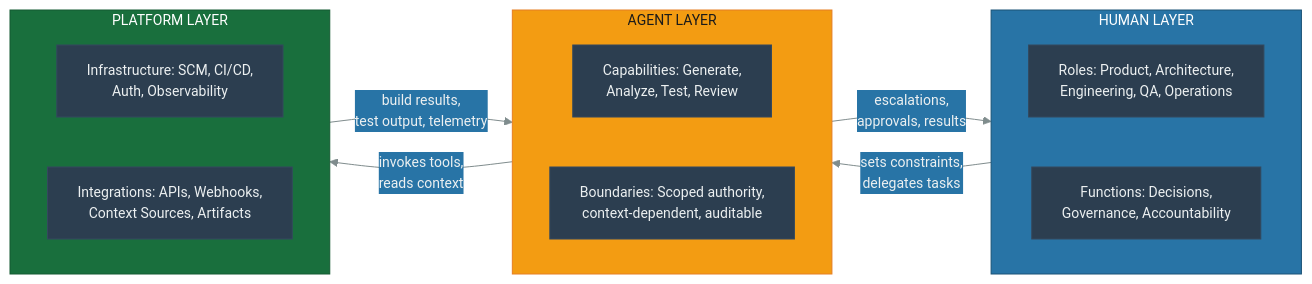
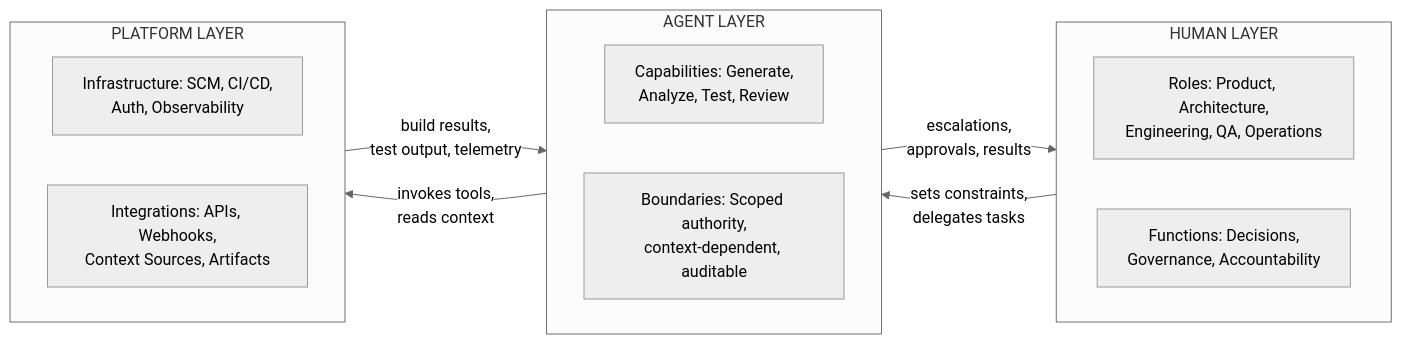
The first of 2 diagrams in handbook/ch04-the-reference-architecture.qmd (danielmeppiel/agentic-sdlc-handbook), drawn with Mermaid before and after one commit. The commit also changed other lines of this file and 15 other files, not shown here.

First line of the commit message:
fix: strip custom colors, use Mermaid neutral theme for clean diagrams

````diff
--- a/handbook/ch04-the-reference-architecture.qmd
+++ b/handbook/ch04-the-reference-architecture.qmd
@@ -21,34 +21,31 @@
 ```{mermaid}
 %%| fig-width: 5.0
 %%| fig-cap: "The three-layer reference architecture: Human, Agent, Platform"
 %%| fig-alt: "A left-to-right flowchart showing three layers of the reference architecture. The Human Layer contains Roles (Product, Architecture, Engineering, QA, Operations) and Functions (Decisions, Governance, Accountability). The Agent Layer contains Capabilities (Generate, Analyze, Test, Review) and Boundaries (Scoped authority, context-dependent, auditable). The Platform Layer contains Infrastructure (SCM, CI/CD, Auth, Observability) and Integrations (APIs, Webhooks, Context Sources, Artifacts). Bidirectional arrows show: Human sets constraints and delegates tasks to Agent, Agent sends escalations, approvals, and results back to Human, Agent invokes tools and reads context from Platform, and Platform returns build results, test output, and telemetry to Agent."
 %%| label: fig-three-layers
-%%{init: {'theme': 'base', 'themeVariables': {'primaryColor': '#2c3e50', 'primaryTextColor': '#ecf0f1', 'primaryBorderColor': '#34495e', 'lineColor': '#7f8c8d', 'secondaryColor': '#2874a6', 'tertiaryColor': '#ecf0f1', 'fontSize': '14px'}}}%%
+%%{init: {'theme': 'neutral'}}%%
 flowchart LR
     subgraph HUMAN ["HUMAN LAYER"]
         direction LR
         HR["Roles: Product, Architecture,<br/>Engineering, QA, Operations"]
         HF["Functions: Decisions,<br/>Governance, Accountability"]
     end
 
     subgraph AGENT ["AGENT LAYER"]
         direction LR
         AC["Capabilities: Generate,<br/>Analyze, Test, Review"]
         AB["Boundaries: Scoped authority,<br/>context-dependent, auditable"]
     end
 
     subgraph PLATFORM ["PLATFORM LAYER"]
         direction LR
         PI["Infrastructure: SCM, CI/CD,<br/>Auth, Observability"]
         PN["Integrations: APIs, Webhooks,<br/>Context Sources, Artifacts"]
     end
 
     HUMAN -- "sets constraints,<br/>delegates tasks" --> AGENT
     AGENT -- "escalations,<br/>approvals, results" --> HUMAN
     AGENT -- "invokes tools,<br/>reads context" --> PLATFORM
     PLATFORM -- "build results,<br/>test output, telemetry" --> AGENT
 
-    style HUMAN fill:#2874a6,stroke:#1a5276,color:#fff
-    style AGENT fill:#f39c12,stroke:#e67e22,color:#1a1a1a
-    style PLATFORM fill:#196f3d,stroke:#145a32,color:#fff
 ```
````
